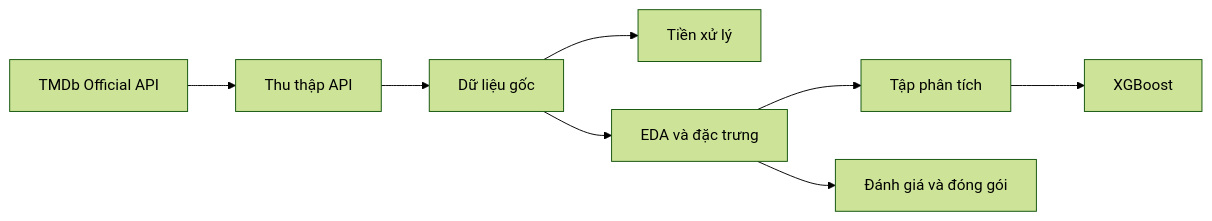
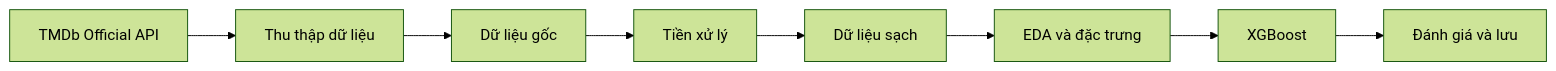
Before and after one commit to AlizCuli/movie-success-analysis: the diagram in README.md, drawn with Mermaid (forest theme).

````diff
--- a/README.md
+++ b/README.md
@@ -85,10 +85,10 @@
 ```mermaid
 flowchart LR
-    A["TMDb Official API"] --> B["Thu thập API"]
+    A["TMDb Official API"] --> B["Thu thập dữ liệu"]
     B --> C["Dữ liệu gốc"]
-    C --> E["Tiền xử lý"]
-    C --> F["EDA và đặc trưng"]
-    F --> G["Tập phân tích"]
-    G --> H["XGBoost"]
-    F --> I["Đánh giá và đóng gói"]
+    C --> D["Tiền xử lý"]
+    D --> E["Dữ liệu sạch"]
+    E --> F["EDA và đặc trưng"]
+    F --> G["XGBoost"]
+    G --> H["Đánh giá và lưu"]
 ```
````
